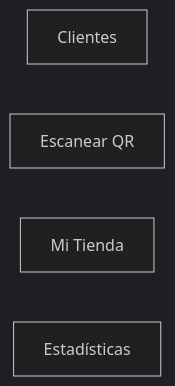
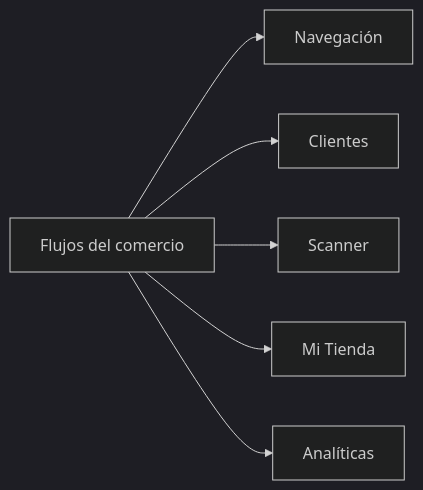
The diagram in docs/flows/10-merchant-index.md (gagonzalez1/puntazo-docs), drawn with Mermaid (dark theme) before and after one commit. The commit also changed other lines of this file and 42 other files, not shown here.

Commit message:
docs: reconcile current Puntazo architecture and deployed environments

````diff
--- a/docs/flows/10-merchant-index.md
+++ b/docs/flows/10-merchant-index.md
@@ -15,12 +16,13 @@
 ```mermaid
 flowchart LR
-    CUSTOMERS["Clientes"]
-    SCANNER["Escanear QR"]
-    PROFILE["Mi Tienda"]
-    ANALYTICS["Estadísticas"]
-
-    click CUSTOMERS href "#/flow-merchant-customers" "Abrir clientes"
-    click SCANNER href "#/flow-merchant-scanner" "Abrir escaneo"
-    click PROFILE href "#/flow-merchant-profile" "Abrir perfil"
-    click ANALYTICS href "#/flow-merchant-analytics" "Abrir analíticas"
+ HUB[Flujos del comercio] --> N0[Navegación]
+ HUB[Flujos del comercio] --> N1[Clientes]
+ HUB[Flujos del comercio] --> N2[Scanner]
+ HUB[Flujos del comercio] --> N3[Mi Tienda]
+ HUB[Flujos del comercio] --> N4[Analíticas]
+ click N0 href "#/flow-merchant-navigation" "Abrir Navegación"
+ click N1 href "#/flow-merchant-customers" "Abrir Clientes"
+ click N2 href "#/flow-merchant-scanner" "Abrir Scanner"
+ click N3 href "#/flow-merchant-profile" "Abrir Mi Tienda"
+ click N4 href "#/flow-merchant-analytics" "Abrir Analíticas"
 ```
````
